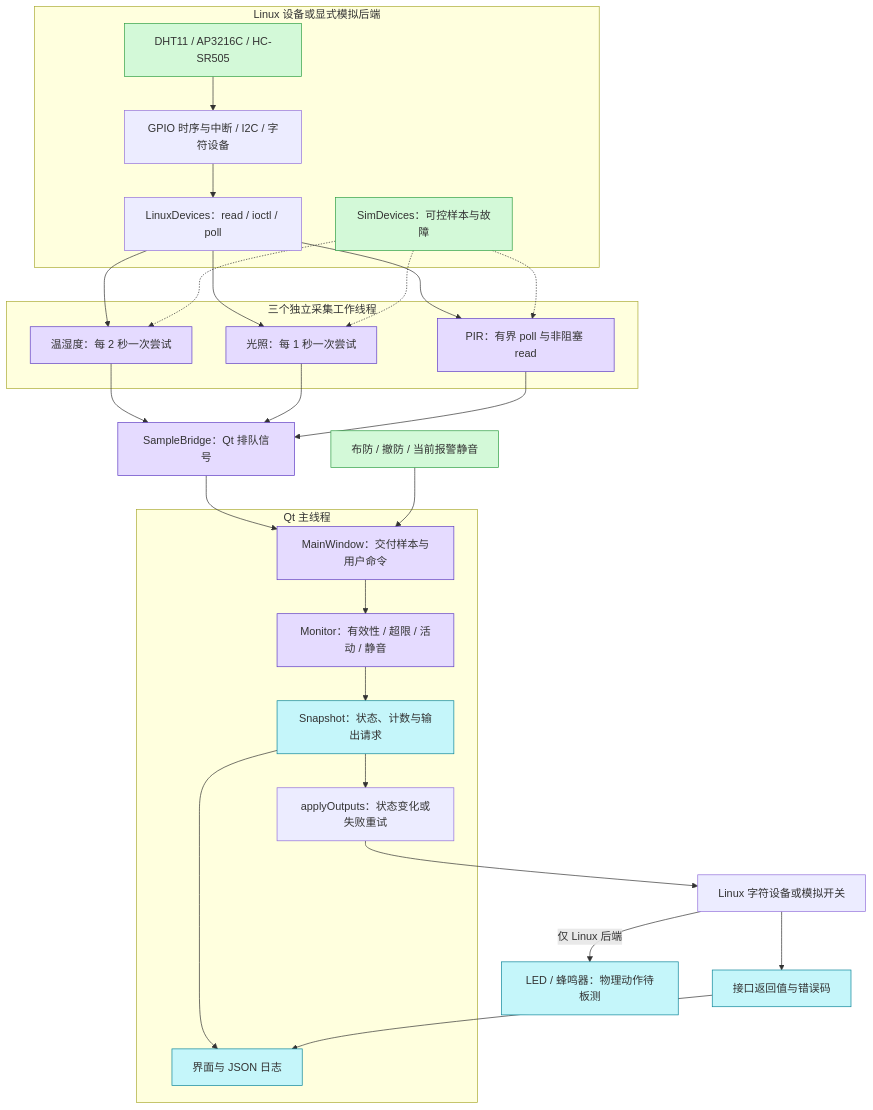
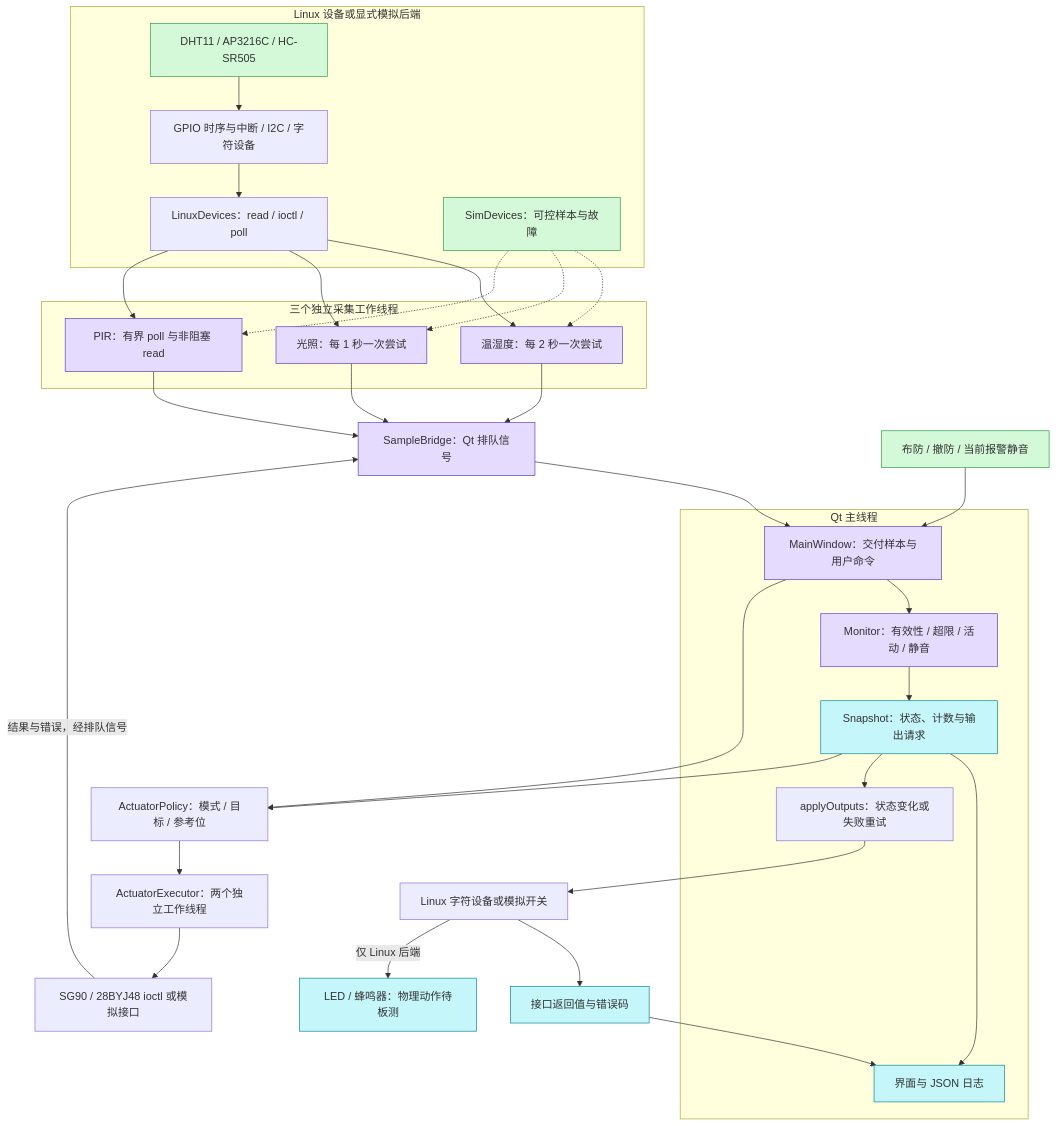
Before and after one commit to Ericsunny/smarthome-imx6ull: the first of 3 diagrams in docs/overview/architecture.md, drawn with Mermaid. The commit also changed other lines of this file and 67 other files, not shown here.

````diff
--- a/docs/overview/architecture.md
+++ b/docs/overview/architecture.md
@@ -11,46 +11,51 @@
 ```mermaid
 flowchart TB
     subgraph inputs["Linux 设备或显式模拟后端"]
         physical["DHT11 / AP3216C / HC-SR505"]
         drivers["GPIO 时序与中断 / I2C / 字符设备"]
         linuxio["LinuxDevices：read / ioctl / poll"]
         simulation["SimDevices：可控样本与故障"]
         physical --> drivers --> linuxio
     end
     subgraph acquisition["三个独立采集工作线程"]
         dht["温湿度：每 2 秒一次尝试"]
         light["光照：每 1 秒一次尝试"]
         pir["PIR：有界 poll 与非阻塞 read"]
     end
     linuxio --> dht
     linuxio --> light
     linuxio --> pir
     simulation -.-> dht
     simulation -.-> light
     simulation -.-> pir
     dht --> bridge["SampleBridge：Qt 排队信号"]
     light --> bridge
     pir --> bridge
     subgraph controller["Qt 主线程"]
         window["MainWindow：交付样本与用户命令"]
         rules["Monitor：有效性 / 超限 / 活动 / 静音"]
         snapshot["Snapshot：状态、计数与输出请求"]
         display["界面与 JSON 日志"]
         output["applyOutputs：状态变化或失败重试"]
         window --> rules --> snapshot
         snapshot --> display
         snapshot --> output
     end
     bridge --> window
     user["布防 / 撤防 / 当前报警静音"] --> window
     output --> switches["Linux 字符设备或模拟开关"]
     switches --> feedback["接口返回值与错误码"]
     feedback --> display
+    snapshot --> actuators["ActuatorPolicy：模式 / 目标 / 参考位"]
+    window --> actuators
+    actuators --> executor["ActuatorExecutor：两个独立工作线程"]
+    executor --> motors["SG90 / 28BYJ48 ioctl 或模拟接口"]
+    motors -->|结果与错误，经排队信号| bridge
     switches -->|仅 Linux 后端| hardware["LED / 蜂鸣器：物理动作待板测"]
     classDef source fill:#d3f9d8,stroke:#2f9e44
     classDef process fill:#e5dbff,stroke:#5f3dc4
     classDef result fill:#c5f6fa,stroke:#0c8599
     class physical,simulation,user source
     class dht,light,pir,bridge,window,rules process
     class snapshot,display,feedback,hardware result
 ```
````
